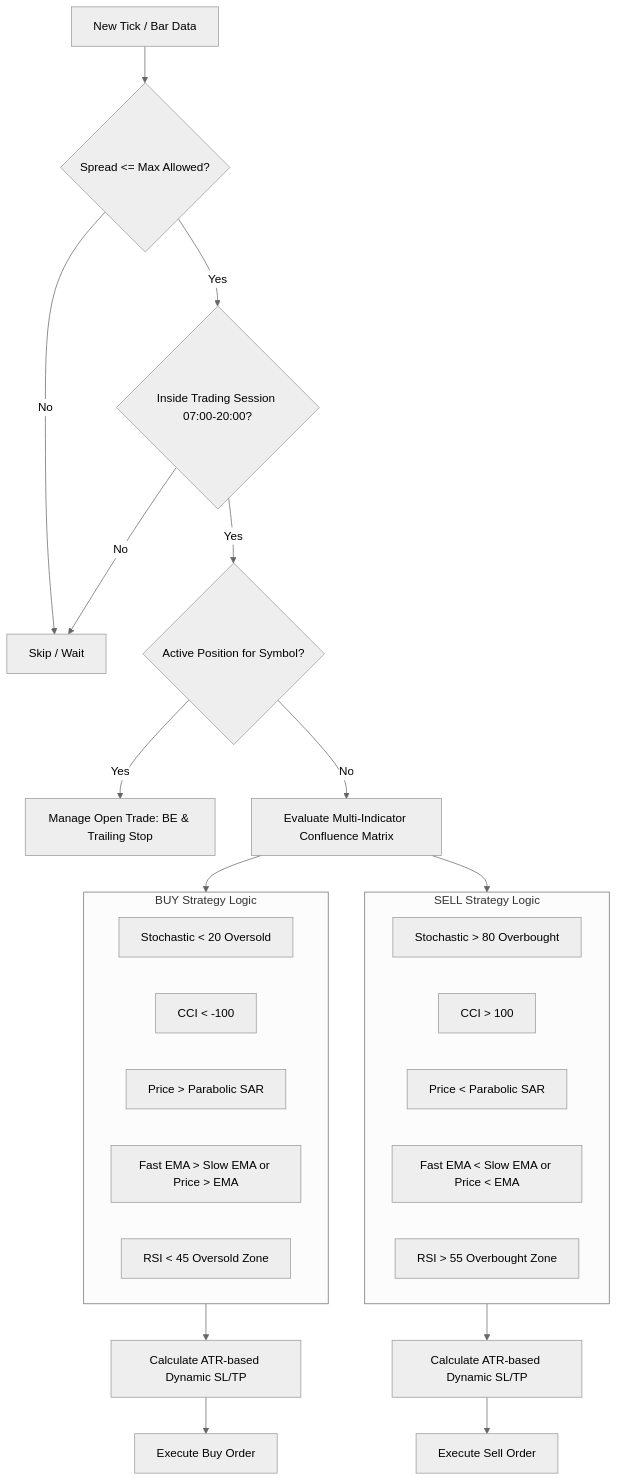
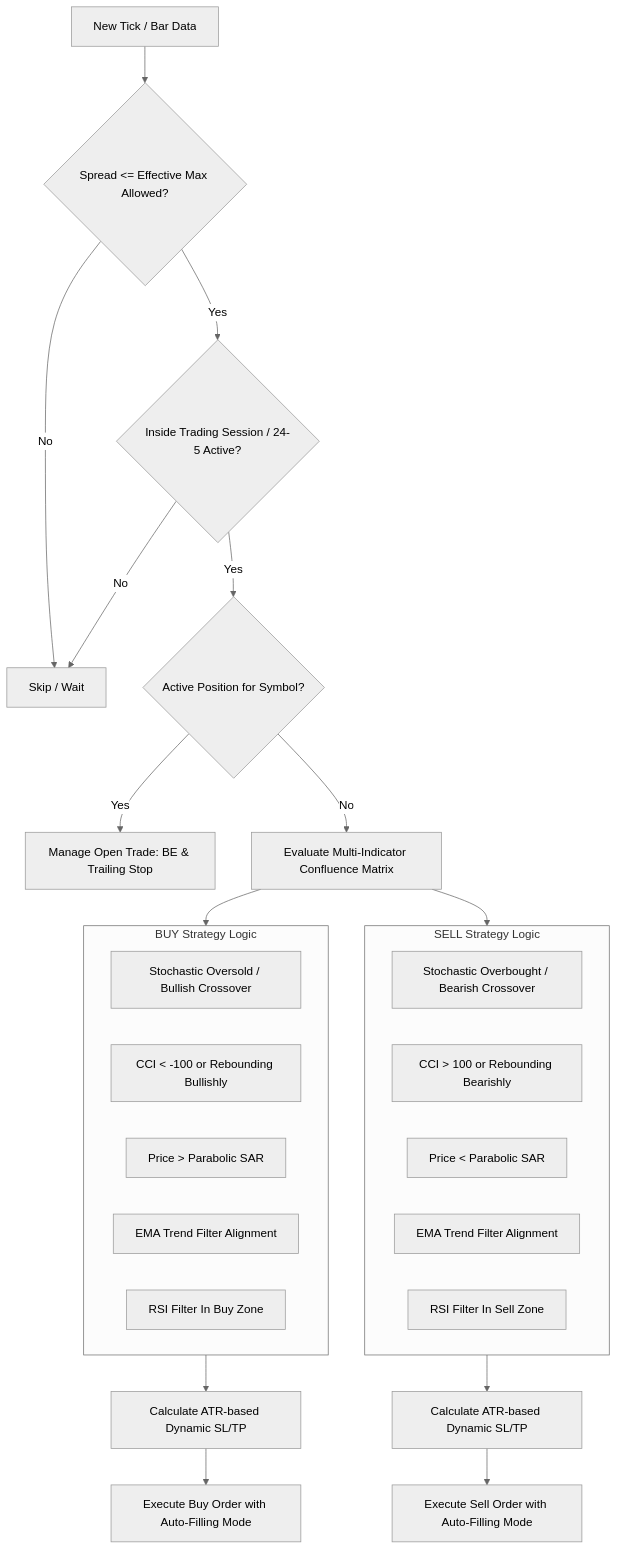
Before and after one commit to Shifrozy/IJESHA-MT5-EA: the diagram in README.md, drawn with Mermaid (neutral theme). The commit also changed other lines of this file, not shown here.

````diff
--- a/README.md
+++ b/README.md
@@ -38,32 +39,32 @@
 ```mermaid
 flowchart TD
-    A[New Tick / Bar Data] --> B{Spread <= Max Allowed?}
+    A[New Tick / Bar Data] --> B{Spread <= Effective Max Allowed?}
     B -- No --> Z[Skip / Wait]
-    B -- Yes --> C{Inside Trading Session 07:00-20:00?}
+    B -- Yes --> C{Inside Trading Session / 24-5 Active?}
     C -- No --> Z
     C -- Yes --> D{Active Position for Symbol?}
     D -- Yes --> E[Manage Open Trade: BE & Trailing Stop]
     D -- No --> F[Evaluate Multi-Indicator Confluence Matrix]
     
     subgraph BUY_SIGNAL [BUY Strategy Logic]
-        G1[Stochastic < 20 Oversold]
-        G2[CCI < -100]
+        G1[Stochastic Oversold / Bullish Crossover]
+        G2[CCI < -100 or Rebounding Bullishly]
         G3[Price > Parabolic SAR]
-        G4[Fast EMA > Slow EMA or Price > EMA]
-        G5[RSI < 45 Oversold Zone]
+        G4[EMA Trend Filter Alignment]
+        G5[RSI Filter In Buy Zone]
     end
     
     subgraph SELL_SIGNAL [SELL Strategy Logic]
-        H1[Stochastic > 80 Overbought]
-        H2[CCI > 100]
+        H1[Stochastic Overbought / Bearish Crossover]
+        H2[CCI > 100 or Rebounding Bearishly]
         H3[Price < Parabolic SAR]
-        H4[Fast EMA < Slow EMA or Price < EMA]
-        H5[RSI > 55 Overbought Zone]
+        H4[EMA Trend Filter Alignment]
+        H5[RSI Filter In Sell Zone]
     end
 
     F --> BUY_SIGNAL
     F --> SELL_SIGNAL
 
-    BUY_SIGNAL --> I[Calculate ATR-based Dynamic SL/TP] --> J[Execute Buy Order]
-    SELL_SIGNAL --> K[Calculate ATR-based Dynamic SL/TP] --> L[Execute Sell Order]
+    BUY_SIGNAL --> I[Calculate ATR-based Dynamic SL/TP] --> J[Execute Buy Order with Auto-Filling Mode]
+    SELL_SIGNAL --> K[Calculate ATR-based Dynamic SL/TP] --> L[Execute Sell Order with Auto-Filling Mode]
 ```
````
